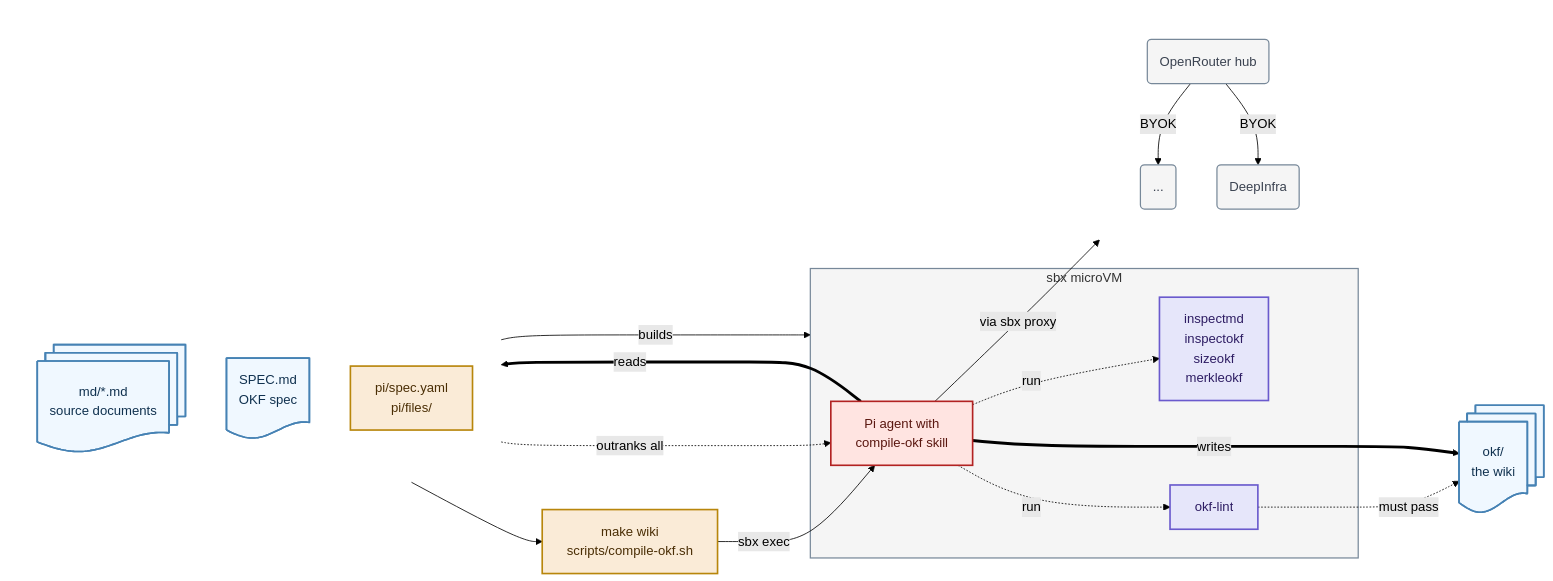
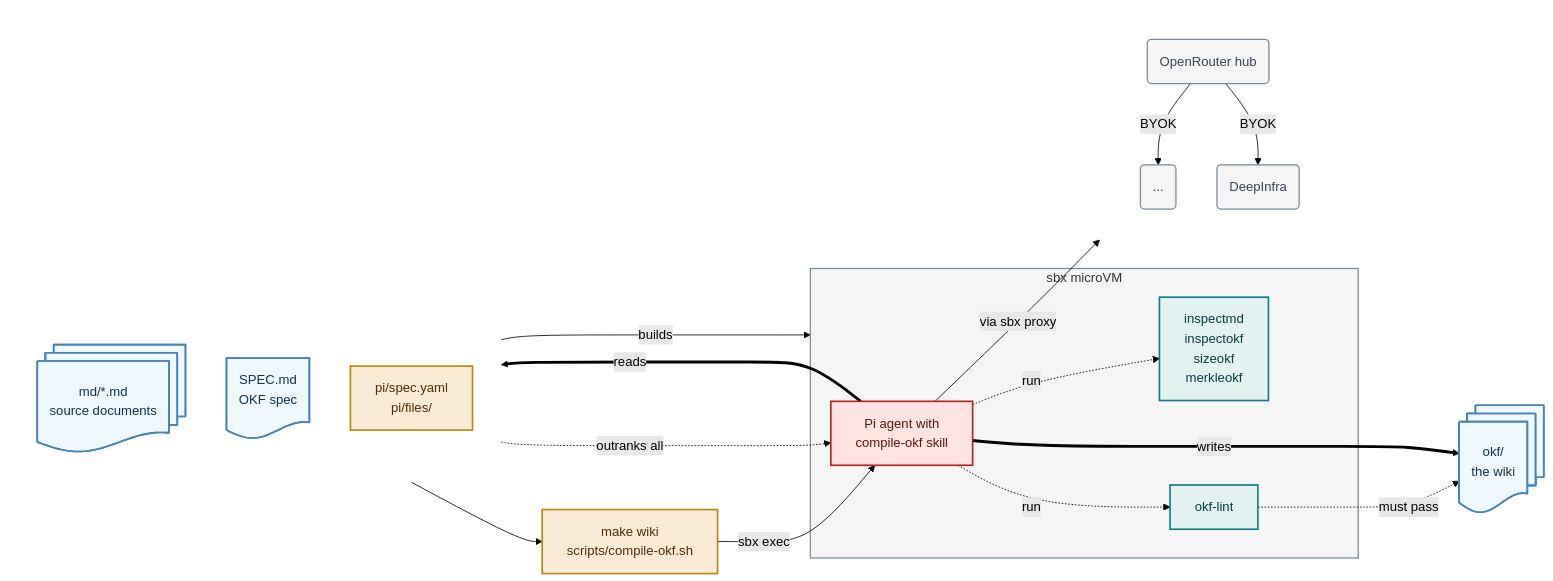
Before and after one commit to lars20070/md2okf: the diagram in README.md, drawn with Mermaid (forest theme).

Commit message:
Change colours of helper tools

````diff
--- a/README.md
+++ b/README.md
@@ -23,49 +23,49 @@
 ```mermaid
 flowchart LR
   subgraph IN[" "]
     direction TB
     MD@{ shape: docs, label: "md/*.md<br/>source documents"}
     SPEC@{ shape: doc, label: "SPEC.md<br/>OKF spec"}
     KIT["pi/spec.yaml<br/>pi/files/"]
   end
   DRV["make wiki<br/>scripts/compile-okf.sh"]
 
   subgraph VM["sbx microVM"]
     TOOLS["inspectmd<br/>inspectokf<br/>sizeokf<br/>merkleokf"]
     PI["Pi agent with<br/>compile-okf skill"]
     LINT["okf-lint"]
   end
 
   subgraph NETG[" "]
     direction TB
     NET("OpenRouter hub")
     NET1("...")
     NET2("DeepInfra")
   end
   OKF@{ shape: docs, label: "okf/<br/>the wiki"}
 
   MD --> DRV
   KIT -->|"builds"| VM
   DRV -->|"sbx exec"| PI
   SPEC -.->|"outranks all"| PI
   PI -.->|"run"| TOOLS & LINT
   LINT -.->|"must pass"| OKF
   PI -->|"via sbx proxy"| NET
   NET -->|"BYOK"| NET1 & NET2
   PI ==>|"writes"| OKF
   PI ==>|"reads"| MD
 
   classDef data    fill:aliceblue,stroke:steelblue,stroke-width:2px,color:#10314F
   classDef host    fill:antiquewhite,stroke:darkgoldenrod,stroke-width:2px,color:#4A2E05
-  classDef helper  fill:lavender,stroke:slateblue,stroke-width:2px,color:#2E1D63
+  classDef helper  fill:#E3F2F1,stroke:#0E7C86,stroke-width:2px,color:#0B3D40
   classDef agent   fill:mistyrose,stroke:firebrick,stroke-width:2px,color:#5A1710
   classDef ext     fill:whitesmoke,stroke:lightslategray,stroke-width:1.5px,color:#3A4250
   class MD,SPEC,OKF data
   class KIT,DRV host
   class TOOLS,LINT helper
   class PI agent
   class NET,NET1,NET2 ext
   style VM fill:whitesmoke,stroke:lightslategray,stroke-width:1.5px
   style IN fill:none,stroke:none
   style NETG fill:none,stroke:none
 ```
````
